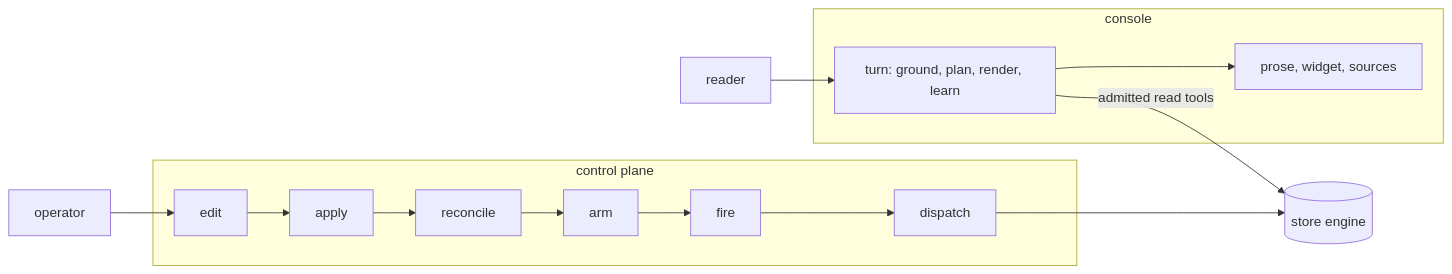
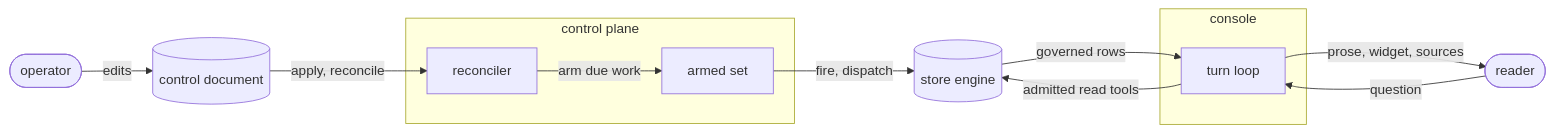
The diagram in spec/guide/surface.md (fractalboxdev/contextful), drawn with Mermaid before and after one commit. The commit also changed 31 other files, not shown here.

First line of the commit message:
spec: every diagram draws things as nodes and what flows as labelled edges

````diff
--- a/spec/guide/surface.md
+++ b/spec/guide/surface.md
@@ -16,15 +16,18 @@
 ```mermaid
 flowchart LR
-  OP["operator"] --> ED
+  OP(["operator"]) -->|"edits"| DOC[("control document")]
   subgraph plane["control plane"]
-    ED["edit"] --> AP["apply"] --> RC["reconcile"] --> ARM["arm"] --> FI["fire"] --> DI["dispatch"]
+    REC["reconciler"]
+    ARM["armed set"]
   end
+  DOC -->|"apply, reconcile"| REC
+  REC -->|"arm due work"| ARM
+  ARM -->|"fire, dispatch"| STORE[("store engine")]
   subgraph console["console"]
-    TURN["turn: ground, plan, render, learn"]
-    ANS["prose, widget, sources"]
+    TURN["turn loop"]
   end
-  DI --> STORE[("store engine")]
-  RD["reader"] --> TURN
-  TURN -- "admitted read tools" --> STORE
-  TURN --> ANS
+  RD(["reader"]) -->|"question"| TURN
+  TURN -->|"admitted read tools"| STORE
+  STORE -->|"governed rows"| TURN
+  TURN -->|"prose, widget, sources"| RD
 ```
````
